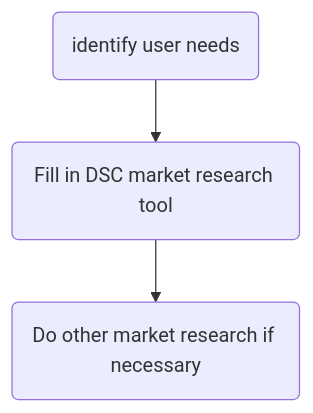
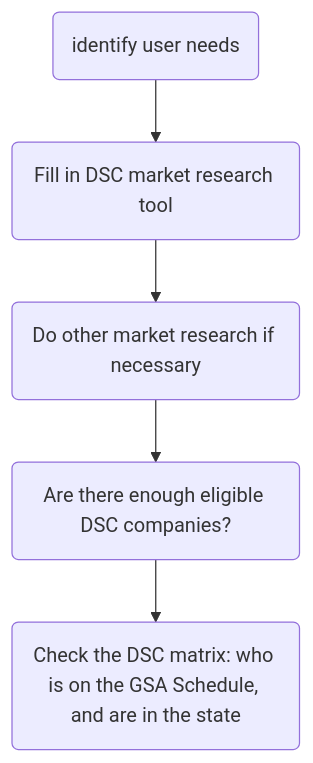
One commit to mgifford/mermaid-graphs changed the diagram in dsc-decision-tree.md. Above: the diagram before and after it, drawn with Mermaid.

````diff
--- a/dsc-decision-tree.md
+++ b/dsc-decision-tree.md
@@ -3,5 +3,8 @@
 ```mermaid
 graph TD
     UserNeeds(identify user needs)-->DSC_MR(Fill in DSC market research tool);
     DSC_MR-->More_MR(Do other market research if necessary);
+
+    More_MR-->CompanyPool(Are there enough eligible DSC companies?);
+    CompanyPool-->DSC_Matrix(Check the DSC matrix: who is on the GSA Schedule, and are in the state);
 ```
````
